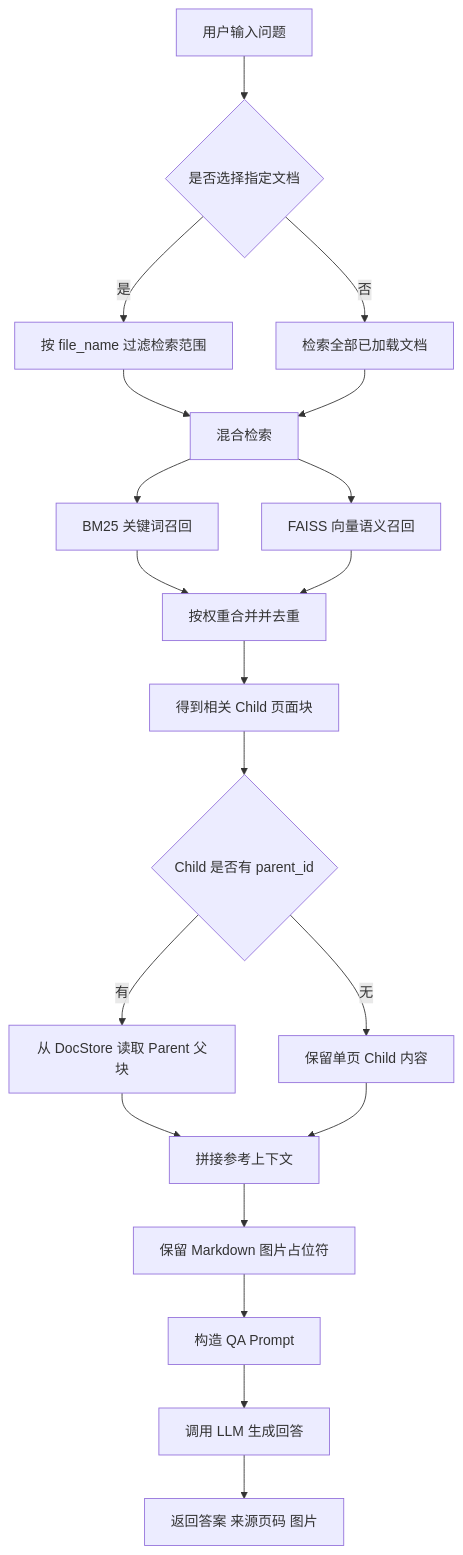
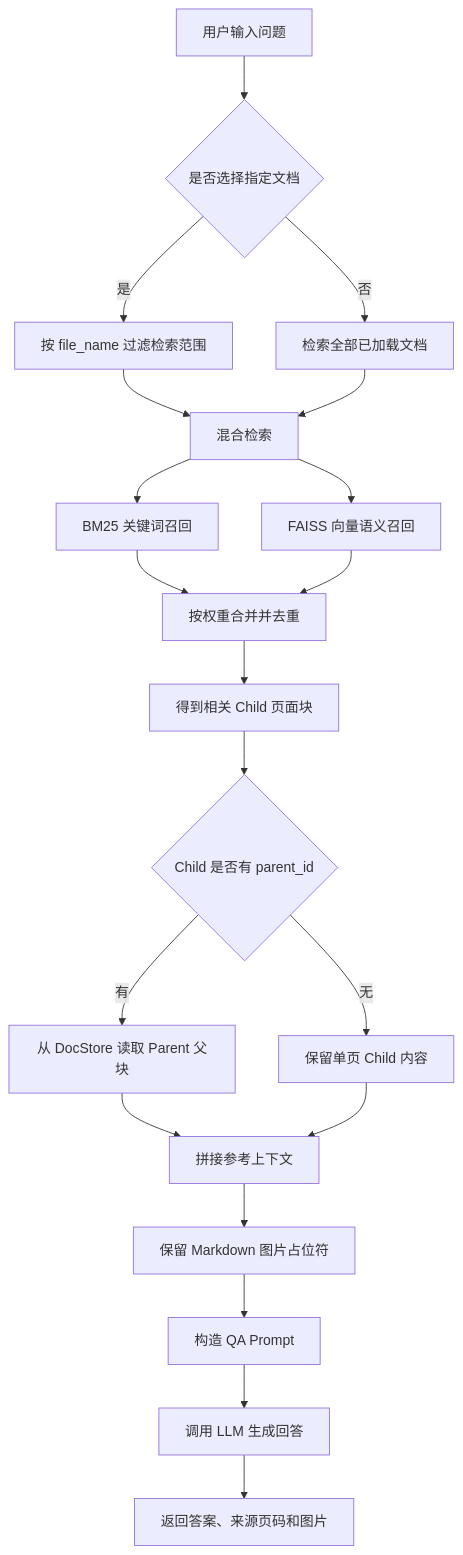
Before and after one commit to jiangchengjiadan/daniel-langraph: the second of 2 diagrams in pptx-rag/README.md, drawn with Mermaid. The commit also changed 13 other files, not shown here.

````diff
--- a/pptx-rag/README.md
+++ b/pptx-rag/README.md
@@ -193,22 +193,22 @@
 ```mermaid
 flowchart TD
-    A[用户输入问题] --> B{是否选择指定文档}
-    B -->|是| C[按 file_name 过滤检索范围]
-    B -->|否| D[检索全部已加载文档]
-    C --> E[混合检索]
+    A["用户输入问题"] --> B{"是否选择指定文档"}
+    B -->|"是"| C["按 file_name 过滤检索范围"]
+    B -->|"否"| D["检索全部已加载文档"]
+    C --> E["混合检索"]
     D --> E
-    E --> F[BM25 关键词召回]
-    E --> G[FAISS 向量语义召回]
-    F --> H[按权重合并并去重]
+    E --> F["BM25 关键词召回"]
+    E --> G["FAISS 向量语义召回"]
+    F --> H["按权重合并并去重"]
     G --> H
-    H --> I[得到相关 Child 页面块]
-    I --> J{Child 是否有 parent_id}
-    J -->|有| K[从 DocStore 读取 Parent 父块]
-    J -->|无| L[保留单页 Child 内容]
-    K --> M[拼接参考上下文]
+    H --> I["得到相关 Child 页面块"]
+    I --> J{"Child 是否有 parent_id"}
+    J -->|"有"| K["从 DocStore 读取 Parent 父块"]
+    J -->|"无"| L["保留单页 Child 内容"]
+    K --> M["拼接参考上下文"]
     L --> M
-    M --> N[保留 Markdown 图片占位符]
-    N --> O[构造 QA Prompt]
-    O --> P[调用 LLM 生成回答]
-    P --> Q[返回答案 来源页码 图片]
+    M --> N["保留 Markdown 图片占位符"]
+    N --> O["构造 QA Prompt"]
+    O --> P["调用 LLM 生成回答"]
+    P --> Q["返回答案、来源页码和图片"]
 ```
````
